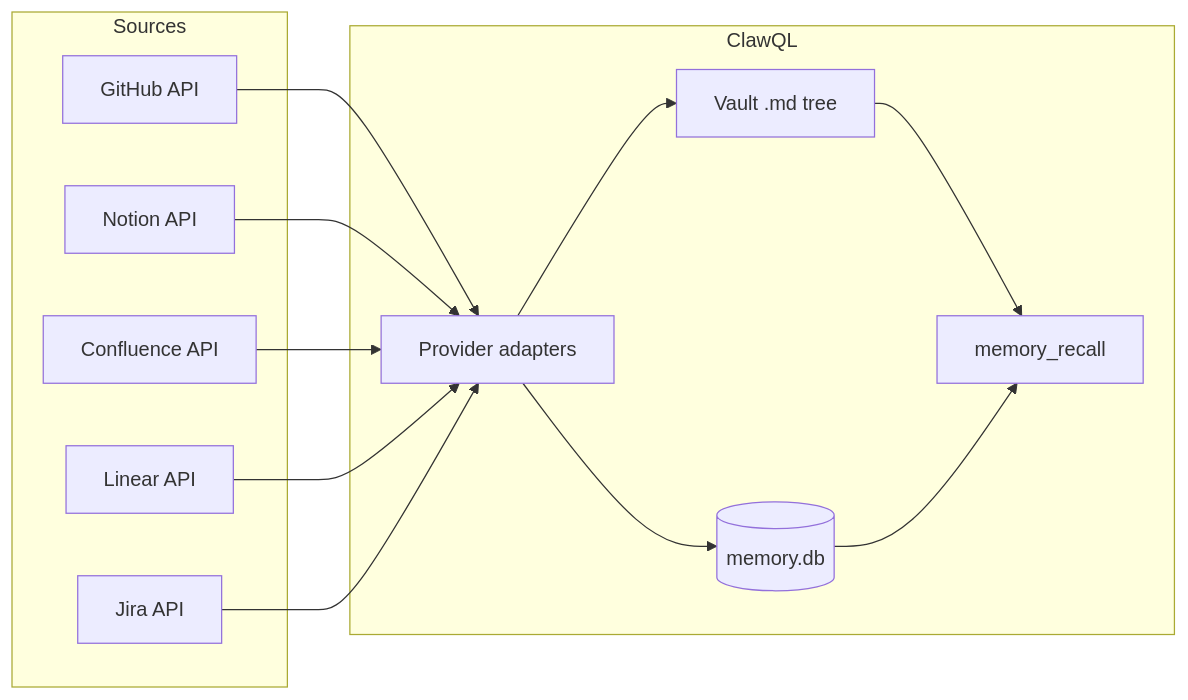
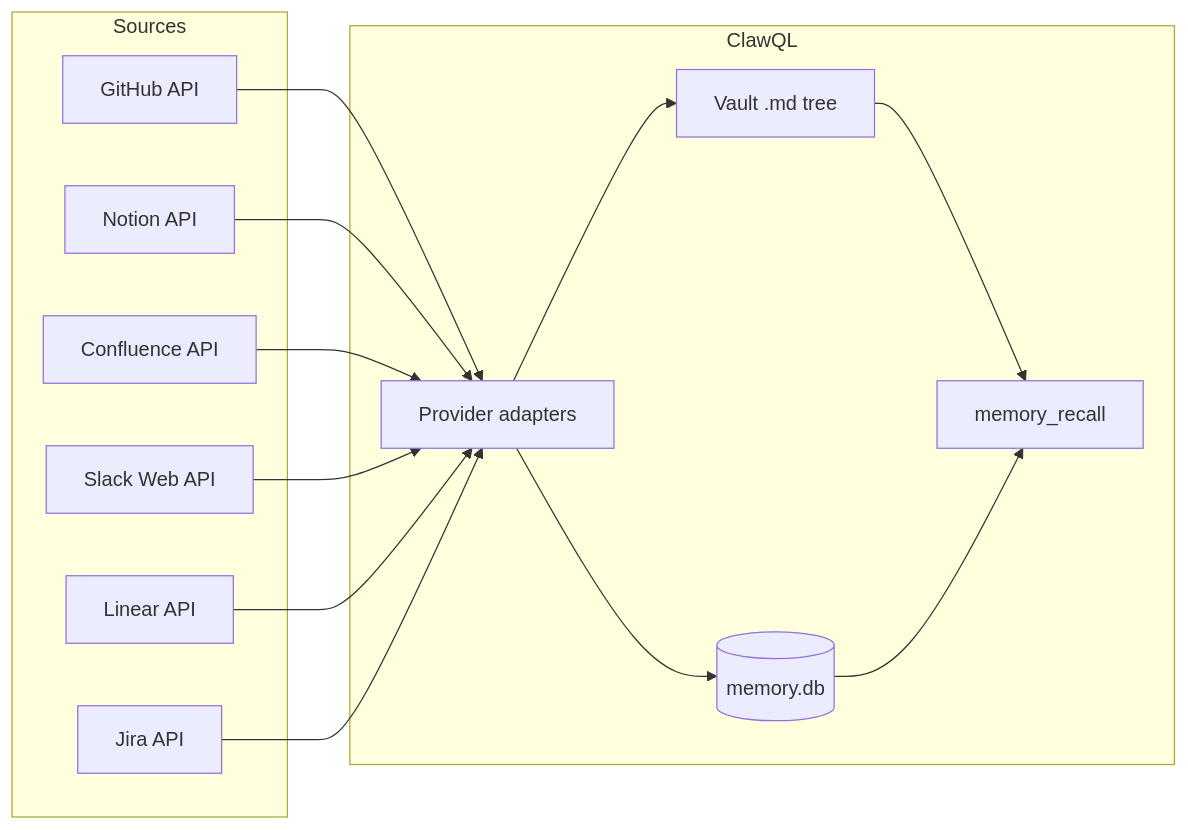
One commit to danielsmithdevelopment/ClawQL changed the diagram in docs/roadmap/knowledge-lake-roadmap.md. Above: the diagram before and after it, drawn with Mermaid. The commit also changed other lines of this file and 83 other files, not shown here.

````diff
--- a/docs/roadmap/knowledge-lake-roadmap.md
+++ b/docs/roadmap/knowledge-lake-roadmap.md
@@ -22,25 +22,27 @@
 ```mermaid
 flowchart LR
   subgraph sources["Sources"]
     GH["GitHub API"]
     N["Notion API"]
     CF["Confluence API"]
+    SL["Slack Web API"]
     L["Linear API"]
     J["Jira API"]
   end
   subgraph clawql["ClawQL"]
     P["Provider adapters"]
     V["Vault .md tree"]
     DB[("memory.db")]
     R["memory_recall"]
   end
   GH --> P
   N --> P
   CF --> P
+  SL --> P
   L --> P
   J --> P
   P --> V
   P --> DB
   V --> R
   DB --> R
 ```
````
